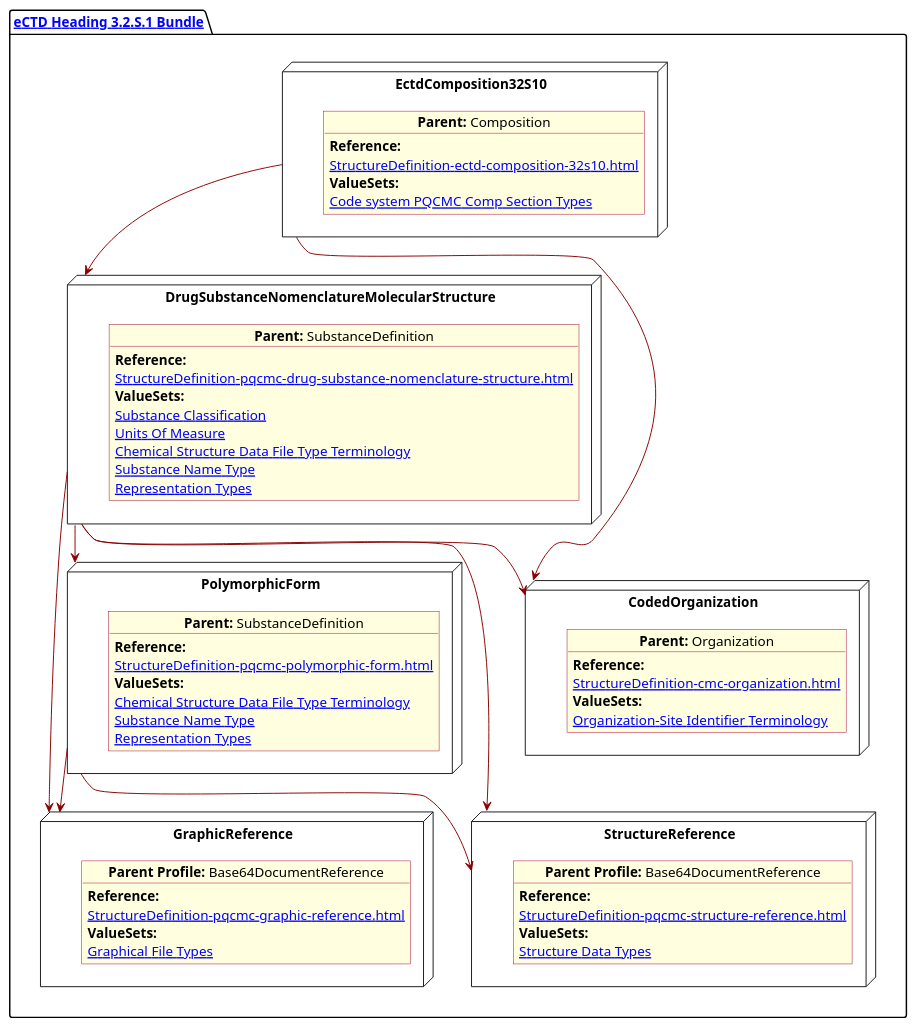
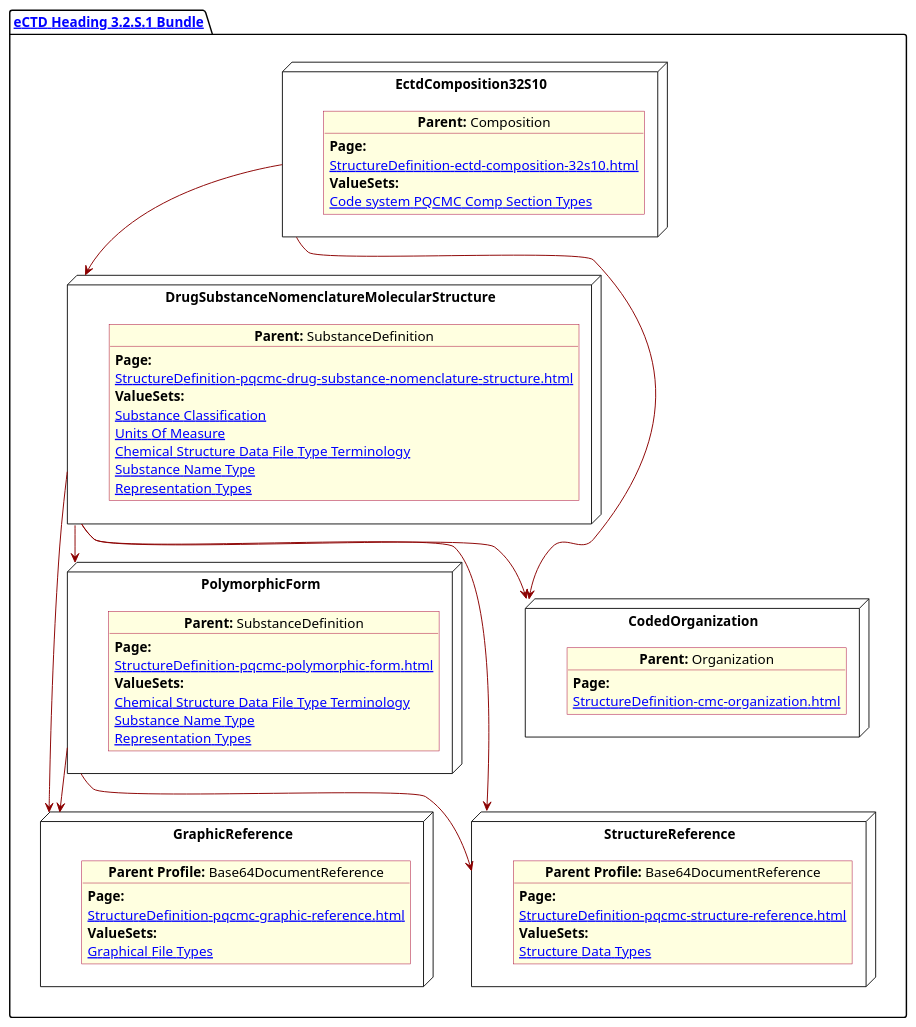
The diagram in input/images-source/SubstanceGeneral.plantuml (HL7/FHIR-us-pq-cmc-fda), drawn with PlantUML before and after one commit. The commit also changed 53 other files, not shown here.

```diff
--- a/input/images-source/SubstanceGeneral.plantuml
+++ b/input/images-source/SubstanceGeneral.plantuml
@@ -1,88 +1,86 @@
 @startuml SubstanceGeneral
 allowmixing
 'Mixed model of use case and object
 skinparam svgDimensionStyle false
 skinparam ObjectBackgroundColor LightYellow
 skinparam ObjectBorderColor #A80036
 skinparam activityDiamondBorderColor #A80036
 skinparam activityDiamondBackgroundColor lawnGreen
 skinparam ClassBorderThickness 4
 
 package "[[StructureDefinition-cmc-ectd-document-32s10.html eCTD Heading 3.2.S.1 Bundle]]" as NODES {
 
   node "DrugSubstanceNomenclatureMolecularStructure" as NN {
 
     object "**Parent:** SubstanceDefinition" as obj3 {
-      **Reference:**
+      **Page:**
       [[StructureDefinition-pqcmc-drug-substance-nomenclature-structure.html]]
       **ValueSets:**
       [[ValueSet-substance-classification.html Substance Classification]]
       [[ValueSet-pqcmc-units-of-measure.html Units Of Measure]]
       [[ValueSet-pqcmc-chemical-structure-datafile-type-terminology.html Chemical Structure Data File Type Terminology]]
       [[ValueSet-pqcmc-substance-name-type.html Substance Name Type]]
       [[ValueSet-pqcmc-representation-types.html Representation Types]]
     }
   }
 
   node "EctdComposition32S10" as N1 {
 
     object "**Parent:** Composition" as obj1 {
-      **Reference:**
+      **Page:**
       [[StructureDefinition-ectd-composition-32s10.html]]
       **ValueSets:**
       [[ValueSet-cmc-comp-section-types-vs.html Code system PQCMC Comp Section Types]]
     }
 
   }
   node "PolymorphicForm" as N2 {
 
     object "**Parent:** SubstanceDefinition" as obj2 {
-      **Reference:**
+      **Page:**
       [[StructureDefinition-pqcmc-polymorphic-form.html]]
       **ValueSets:**
       [[ValueSet-pqcmc-chemical-structure-datafile-type-terminology.html Chemical Structure Data File Type Terminology]]
       [[ValueSet-pqcmc-substance-name-type.html Substance Name Type]]
       [[ValueSet-pqcmc-representation-types.html Representation Types]]
     }
   }
   node "CodedOrganization" as NSO {
 
     object "**Parent:** Organization" as objAu {
-      **Reference:**
+      **Page:**
       [[StructureDefinition-cmc-organization.html]]
-      **ValueSets:**
-      [[ValueSet-pqcmc-org-identifier-type-terminology.html Organization-Site Identifier Terminology]]
     }
   }
 
   node "GraphicReference" as NB64 {
 
     object "**Parent Profile:** Base64DocumentReference"  as obj64 {
-      **Reference:**
+      **Page:**
       [[StructureDefinition-pqcmc-graphic-reference.html]]
       **ValueSets:**
       [[ValueSet-pqcmc-graphical-file-types.html Graphical File Types]]
     }
   }
 
   node "StructureReference" as NBstruc {
 
     object "**Parent Profile:** Base64DocumentReference"  as objb64 {
-      **Reference:**
+      **Page:**
       [[StructureDefinition-pqcmc-structure-reference.html]]
       **ValueSets:**
       [[ValueSet-pqcmc-structure-data-types.html Structure Data Types]]
     }
   }
 }
 
 N1 -[#darkred]-> NN
 NN -[#darkred]-> N2
 NN -[#darkred]-> NB64
 NN -[#darkred]-> NBstruc
 N2 -[#darkred]-> NB64
 N2 -[#darkred]-> NBstruc
 N1 -[#darkred]-> NSO
 NN -[#darkred]-> NSO
 }
 @enduml
```
